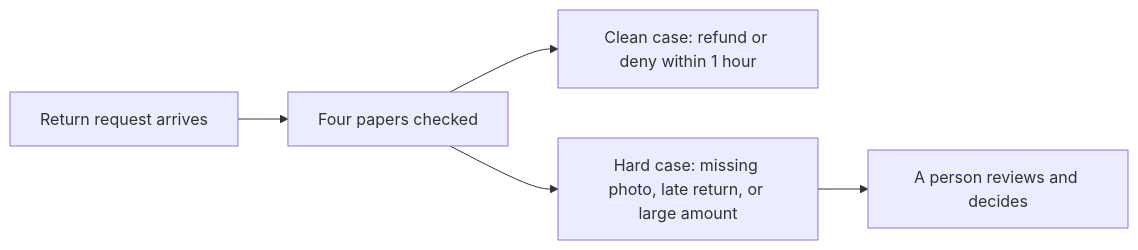
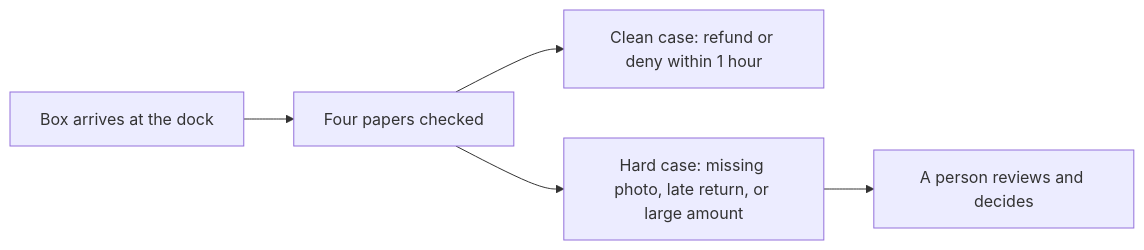
One commit to samuel-ochaba-dev/keelacademy changed the second of 2 diagrams in content/units/phase-0/0.1/learn.md. Above: the diagram before and after it, drawn with Mermaid. The commit also changed other lines of this file and 4 other files, not shown here.

````diff
--- a/content/units/phase-0/0.1/learn.md
+++ b/content/units/phase-0/0.1/learn.md
@@ -116,7 +116,7 @@
 ```mermaid Figure 2: Clean cases move fast, hard cases go to a person
 flowchart LR
-    R["Return request arrives"] --> K["Four papers checked"]
+    R["Box arrives at the dock"] --> K["Four papers checked"]
     K --> C["Clean case: refund or deny within 1 hour"]
     K --> H["Hard case: missing photo, late return, or large amount"]
     H --> P["A person reviews and decides"]
 ```
````
